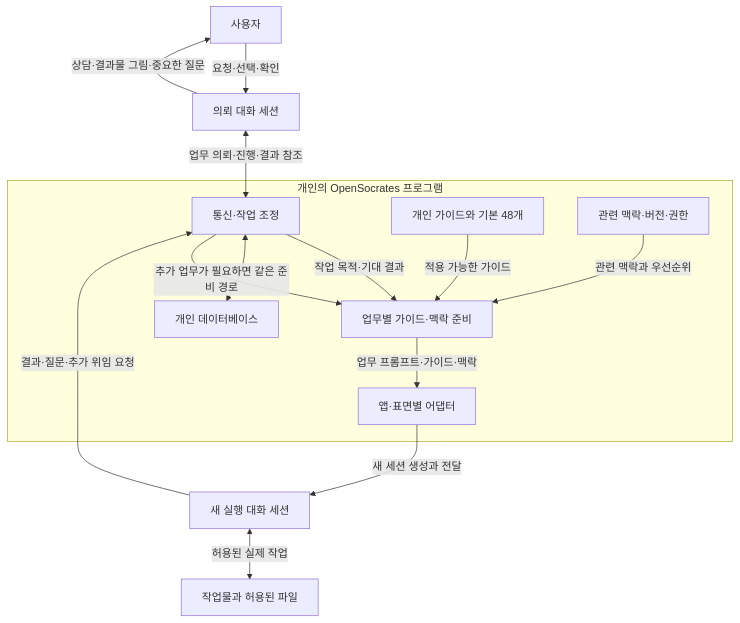
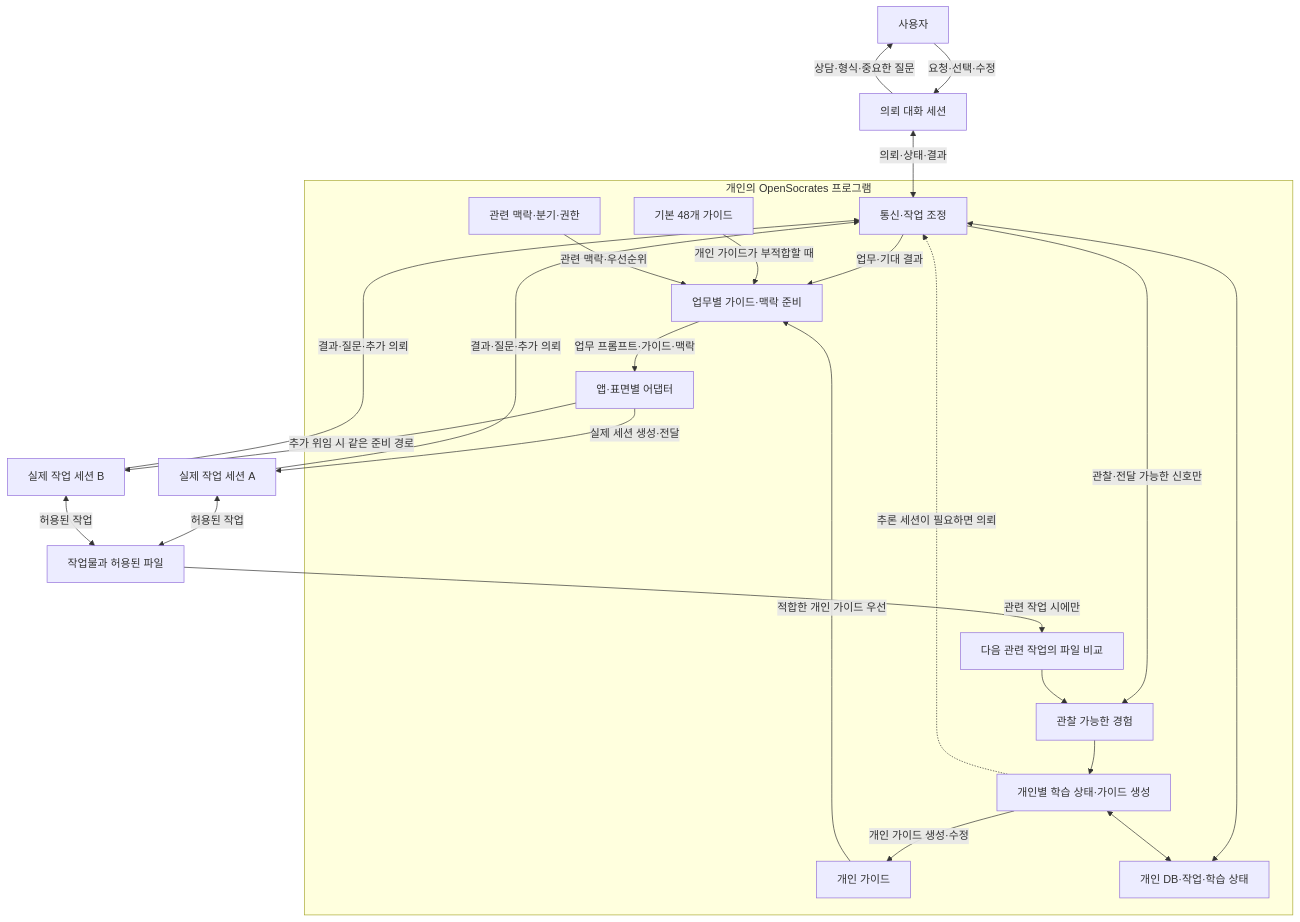
One commit to ParkerHwang/OpenSocrates changed the first of 2 diagrams in docs/v2.0/SYSTEM_2.0.ko.md. Above: the diagram before and after it, drawn with Mermaid. The commit also changed other lines of this file and 8 other files, not shown here.

````diff
--- a/docs/v2.0/SYSTEM_2.0.ko.md
+++ b/docs/v2.0/SYSTEM_2.0.ko.md
@@ -32,30 +32,45 @@
 ```mermaid
 flowchart TD
     user["사용자"]
     intake["의뢰 대화 세션"]
-    worker["새 실행 대화 세션"]
+    worker["실제 작업 세션 A"]
+    worker2["실제 작업 세션 B"]
     artifact["작업물과 허용된 파일"]
 
     subgraph os["개인의 OpenSocrates 프로그램"]
         channel["통신·작업 조정"]
         select["업무별 가이드·맥락 준비"]
-        guide["개인 가이드와 기본 48개"]
-        context["관련 맥락·버전·권한"]
+        base["기본 48개 가이드"]
+        personal["개인 가이드"]
+        context["관련 맥락·분기·권한"]
         adapter["앱·표면별 어댑터"]
-        state["개인 데이터베이스"]
+        state["개인 DB·작업·학습 상태"]
+        signal["관찰 가능한 경험"]
+        compare["다음 관련 작업의 파일 비교"]
+        learn["개인별 학습 상태·가이드 생성"]
 
-        channel -->|"작업 목적·기대 결과"| select
-        guide -->|"적용 가능한 가이드"| select
-        context -->|"관련 맥락과 우선순위"| select
+        channel -->|"업무·기대 결과"| select
+        base -->|"개인 가이드가 부적합할 때"| select
+        personal -->|"적합한 개인 가이드 우선"| select
+        context -->|"관련 맥락·우선순위"| select
         select -->|"업무 프롬프트·가이드·맥락"| adapter
         channel <--> state
+        channel -->|"관찰·전달 가능한 신호만"| signal
+        compare --> signal
+        signal --> learn
+        learn -->|"개인 가이드 생성·수정"| personal
+        learn <--> state
+        learn -.->|"추론 세션이 필요하면 의뢰"| channel
     end
 
-    user -->|"요청·선택·확인"| intake
-    intake -->|"상담·결과물 그림·중요한 질문"| user
-    intake <-->|"업무 의뢰·진행·결과 참조"| channel
-    adapter -->|"새 세션 생성과 전달"| worker
-    worker -->|"결과·질문·추가 위임 요청"| channel
-    worker <-->|"허용된 실제 작업"| artifact
-    channel -->|"추가 업무가 필요하면 같은 준비 경로"| select
+    user -->|"요청·선택·수정"| intake
+    intake -->|"상담·형식·중요한 질문"| user
+    intake <-->|"의뢰·상태·결과"| channel
+    adapter -->|"실제 세션 생성·전달"| worker
+    adapter -->|"추가 위임 시 같은 준비 경로"| worker2
+    worker -->|"결과·질문·추가 의뢰"| channel
+    worker2 -->|"결과·질문·추가 의뢰"| channel
+    worker <-->|"허용된 작업"| artifact
+    worker2 <-->|"허용된 작업"| artifact
+    artifact -->|"관련 작업 시에만"| compare
 ```
````
